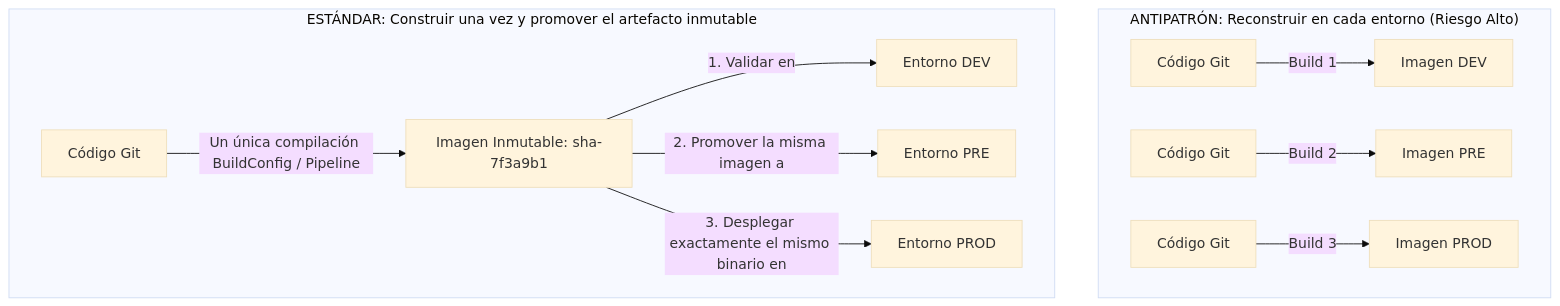
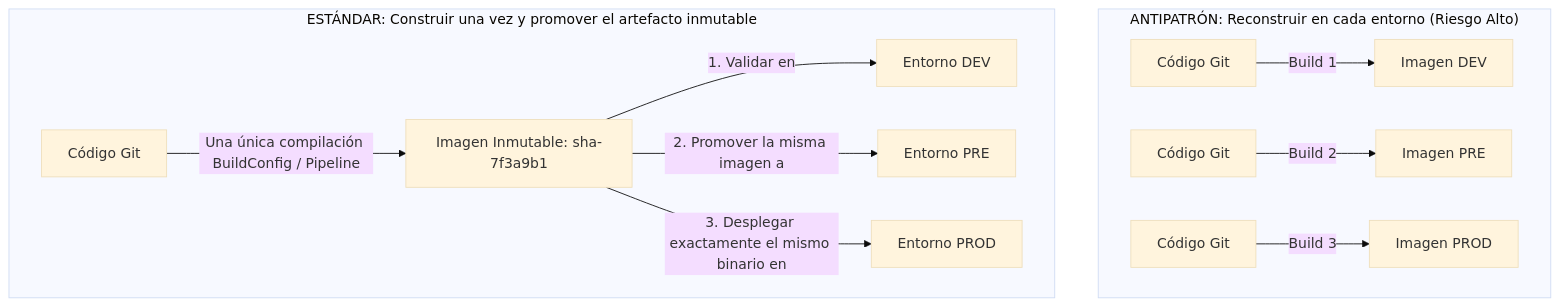
The first of 3 diagrams in docs/sesion4/4.6 Promocion entre entornos.md (ieftraining/curso-openshift), drawn with Mermaid (base theme) before and after one commit. The commit also changed other lines of this file, not shown here.

````diff
--- a/docs/sesion4/4.6 Promocion entre entornos.md
+++ b/docs/sesion4/4.6 Promocion entre entornos.md
@@ -22,15 +22,15 @@
 ```mermaid
 flowchart TD
     subgraph ANTIPATRON ["ANTIPATRÓN: Reconstruir en cada entorno (Riesgo Alto)"]
         A1[Código Git] -->|Build 1| B1[Imagen DEV]
         A2[Código Git] -->|Build 2| B2[Imagen PRE]
         A3[Código Git] -->|Build 3| B3[Imagen PROD]
     end
 
     subgraph ESTANDAR ["ESTÁNDAR: Construir una vez y promover el artefacto inmutable"]
-        C[Código Git] -->|Un única compilación BuildConfig / Pipeline| D[Imagen Inmutable: sha-7f3a9b1]
+        C[Código Git] -->|Una única compilación BuildConfig / Pipeline| D[Imagen Inmutable: sha-7f3a9b1]
         D -->|1. Validar en| E[Entorno DEV]
         D -->|2. Promover la misma imagen a| F[Entorno PRE]
         D -->|3. Desplegar exactamente el mismo binario en| G[Entorno PROD]
     end
 ```
````
